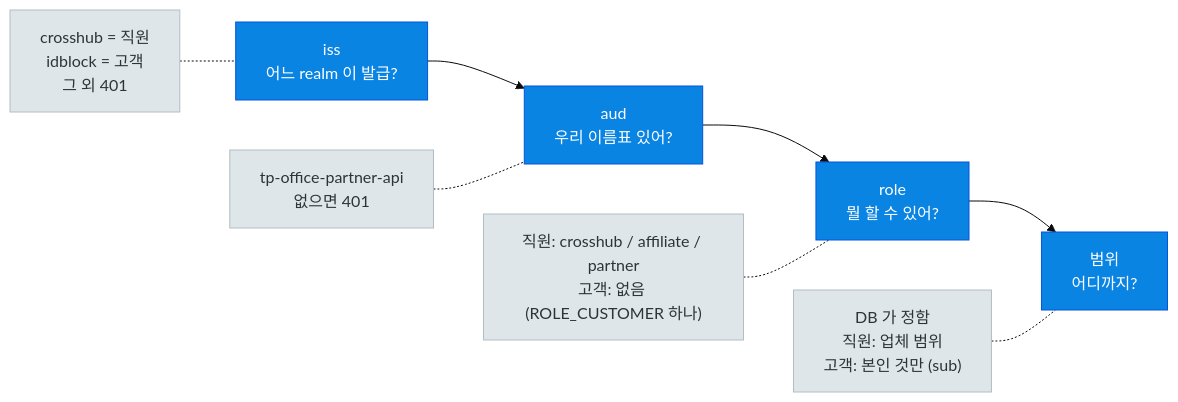
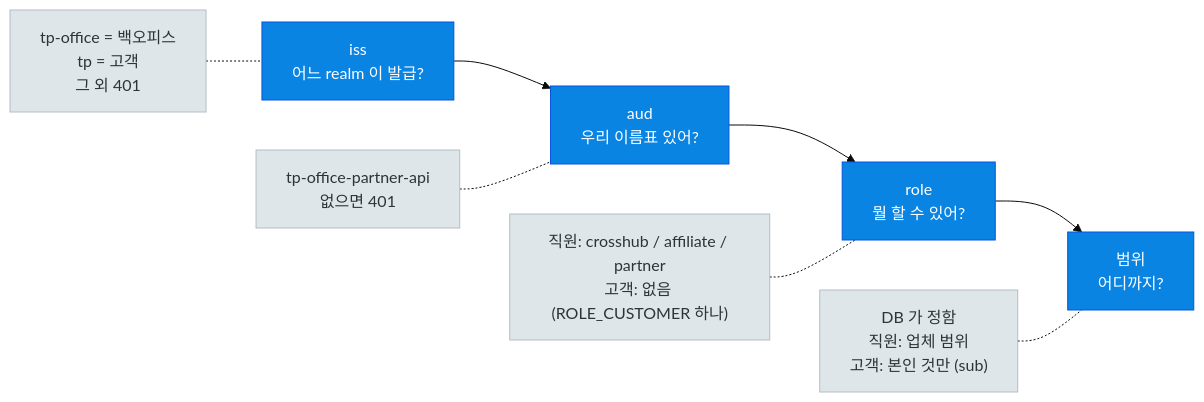
One commit to crosshub-poc-backoffice/travelpass-backoffice-BE changed the third of 4 diagrams in docs/architecture-overview.md. Above: the diagram before and after it, drawn with Mermaid (base theme). The commit also changed other lines of this file and 20 other files, not shown here.

````diff
--- a/docs/architecture-overview.md
+++ b/docs/architecture-overview.md
@@ -134,13 +134,13 @@
 ```mermaid
 flowchart LR
   A["iss<br/>어느 realm 이 발급?"] --> B["aud<br/>우리 이름표 있어?"] --> C["role<br/>뭘 할 수 있어?"] --> D["범위<br/>어디까지?"]
-  A1["crosshub = 직원<br/>idblock = 고객<br/>그 외 401"] -.- A
+  A1["tp-office = 백오피스<br/>tp = 고객<br/>그 외 401"] -.- A
   B1["tp-office-partner-api<br/>없으면 401"] -.- B
   C1["직원: crosshub / affiliate / partner<br/>고객: 없음 (ROLE_CUSTOMER 하나)"] -.- C
   D1["DB 가 정함<br/>직원: 업체 범위<br/>고객: 본인 것만 (sub)"] -.- D
 
   classDef step fill:#0984e3,stroke:#0652DD,color:#fff
   classDef note fill:#dfe6e9,stroke:#b2bec3,color:#2d3436
   class A,B,C,D step
   class A1,B1,C1,D1 note
 ```
````
